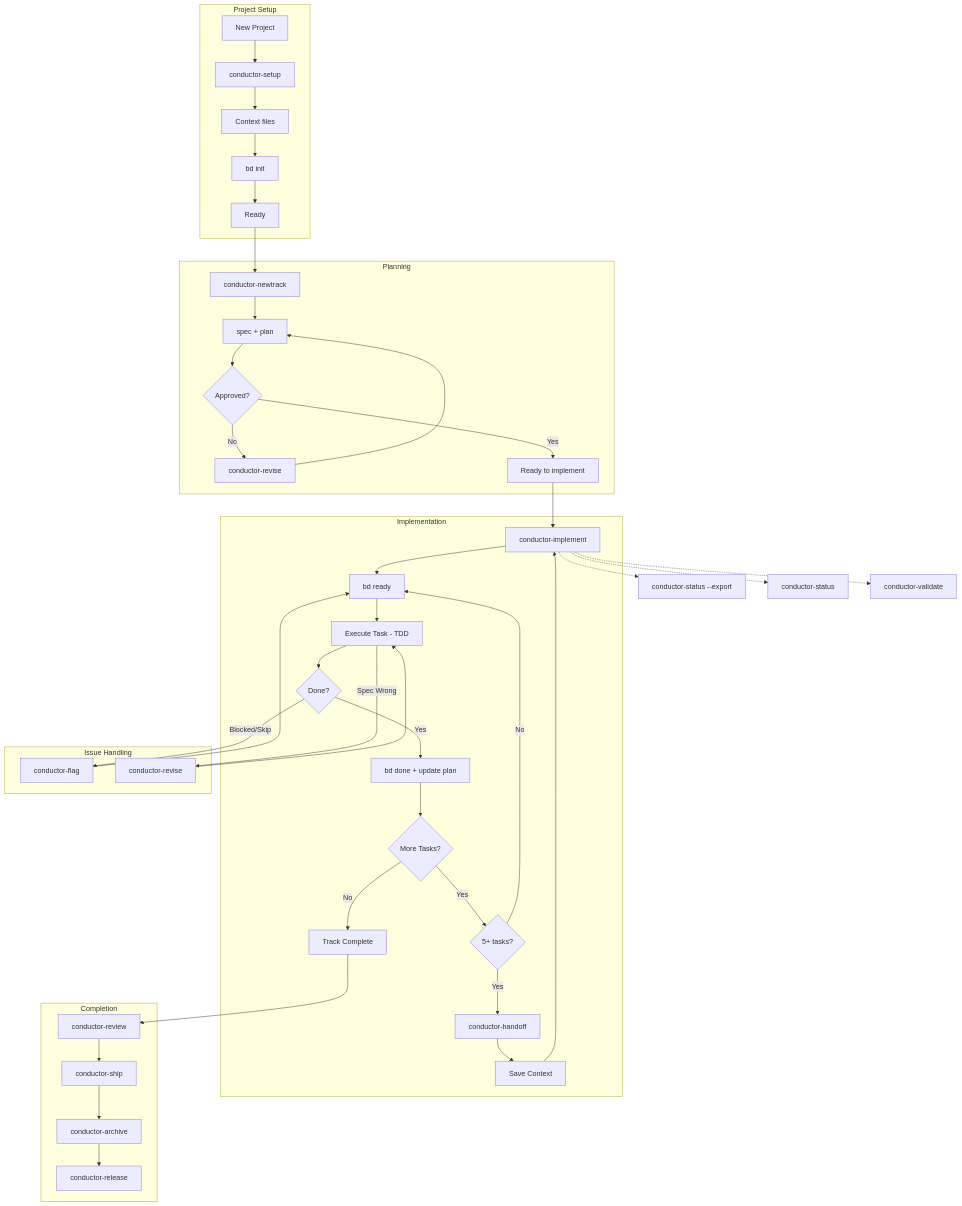
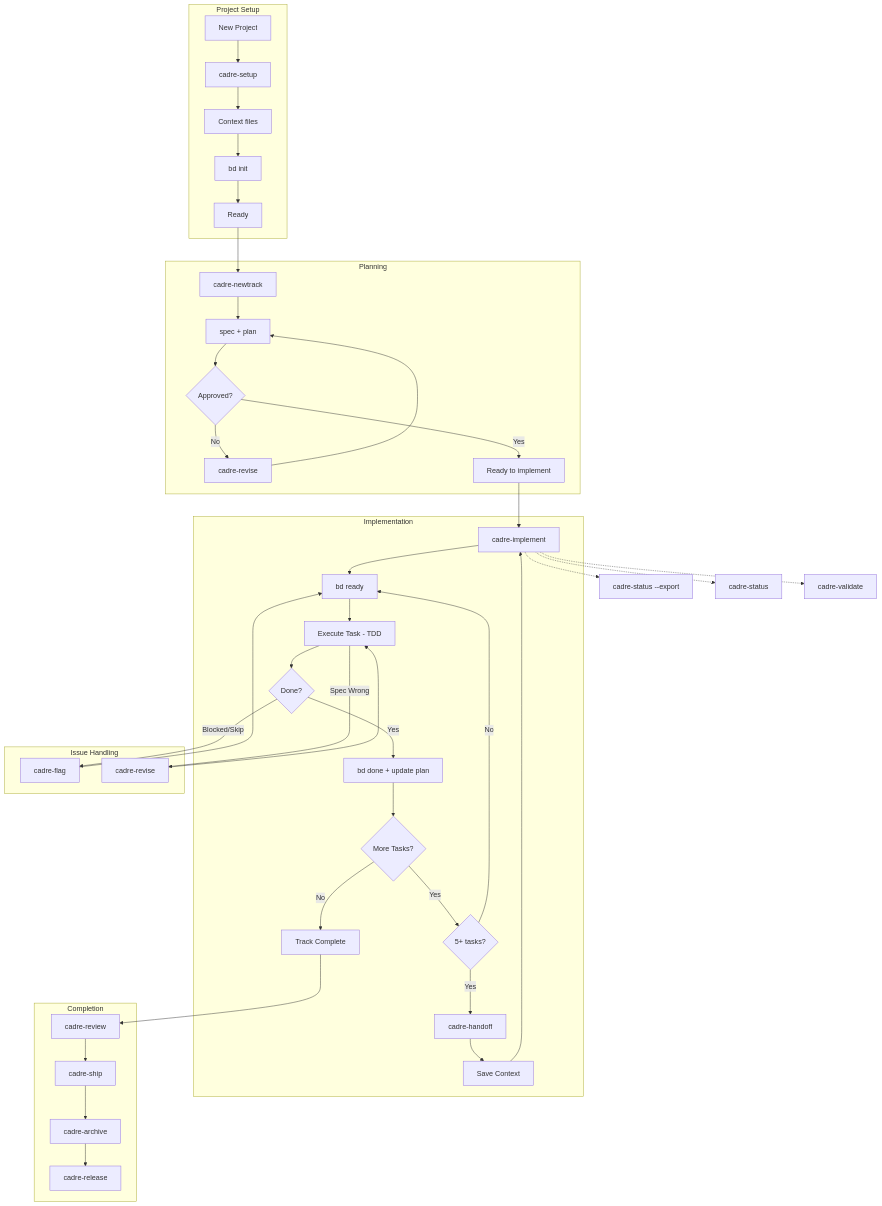
Before and after one commit to vishal-kr-barnwal/cadre: the first of 3 diagrams in README.md, drawn with Mermaid. The commit also changed other lines of this file and 315 other files, not shown here.

First line of the commit message:
refactor!: rename project Conductor-Beads -> Cadre

````diff
--- a/README.md
+++ b/README.md
@@ -486,52 +486,52 @@
 ```mermaid
 flowchart TD
     subgraph SETUP[Project Setup]
-        A[New Project] --> B["conductor-setup"]
+        A[New Project] --> B["cadre-setup"]
         B --> C[Context files]
         C --> D["bd init"]
         D --> E[Ready]
     end
 
     subgraph PLANNING[Planning]
-        E --> F["conductor-newtrack"]
+        E --> F["cadre-newtrack"]
         F --> G[spec + plan]
         G --> H{Approved?}
-        H -->|No| I["conductor-revise"]
+        H -->|No| I["cadre-revise"]
         I --> G
         H -->|Yes| J[Ready to implement]
     end
 
     subgraph IMPL[Implementation]
-        J --> K["conductor-implement"]
+        J --> K["cadre-implement"]
         K --> L["bd ready"]
         L --> M[Execute Task - TDD]
         M --> N{Done?}
         N -->|Yes| O["bd done + update plan"]
         O --> P{More Tasks?}
         P -->|Yes| Q{5+ tasks?}
-        Q -->|Yes| R["conductor-handoff"]
+        Q -->|Yes| R["cadre-handoff"]
         R --> S[Save Context]
         S --> K
         Q -->|No| L
         P -->|No| T[Track Complete]
     end
 
     subgraph ISSUES[Issue Handling]
-        N -->|Blocked/Skip| U["conductor-flag"]
+        N -->|Blocked/Skip| U["cadre-flag"]
         U --> L
-        M -->|Spec Wrong| W["conductor-revise"]
+        M -->|Spec Wrong| W["cadre-revise"]
         W --> M
     end
 
     subgraph DONE[Completion]
-        T --> RV["conductor-review"]
-        RV --> SH["conductor-ship"]
-        SH --> X["conductor-archive"]
-        X --> RL["conductor-release"]
+        T --> RV["cadre-review"]
+        RV --> SH["cadre-ship"]
+        SH --> X["cadre-archive"]
+        X --> RL["cadre-release"]
     end
 
-    K -.-> EX["conductor-status --export"]
+    K -.-> EX["cadre-status --export"]
 
-    K -.-> Z["conductor-status"]
-    K -.-> AA["conductor-validate"]
+    K -.-> Z["cadre-status"]
+    K -.-> AA["cadre-validate"]
 ```
````
